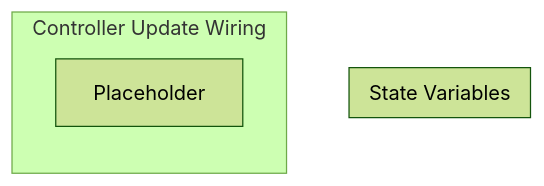
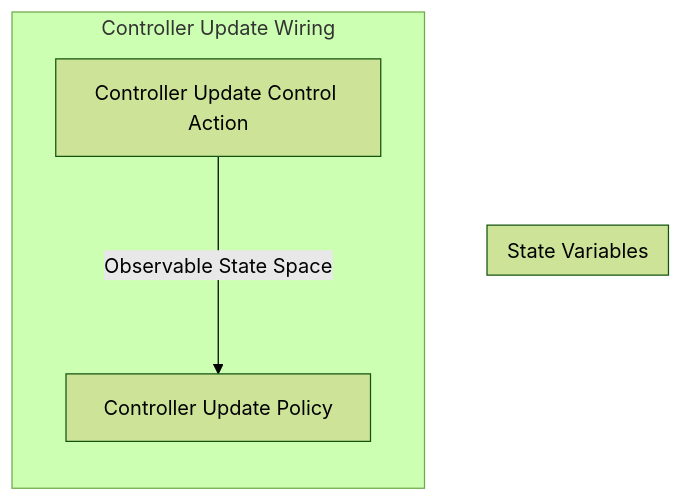
One commit to dominant-strategies/Quai-Macro-Model changed the diagram in Research/MSML Scaffold/Wiring/Controller Update Wiring.md. Above: the diagram before and after it, drawn with Mermaid (forest theme). The commit also changed other lines of this file and 16 other files, not shown here.

Commit message:
Boundary action and policy

````diff
--- a/Research/MSML Scaffold/Wiring/Controller Update Wiring.md
+++ b/Research/MSML Scaffold/Wiring/Controller Update Wiring.md
@@ -3,11 +3,13 @@
 ```mermaid
 graph TB
 
 subgraph SVS["State Variables"]
 end
 
-subgraph X2["Controller Update Wiring"]
+subgraph X3["Controller Update Wiring"]
 direction TB
-X1["Placeholder"]
+X1["Controller Update Control Action"]
+X2["Controller Update Policy"]
+X1--"Observable State Space"--->X2
 end
 ```
````
